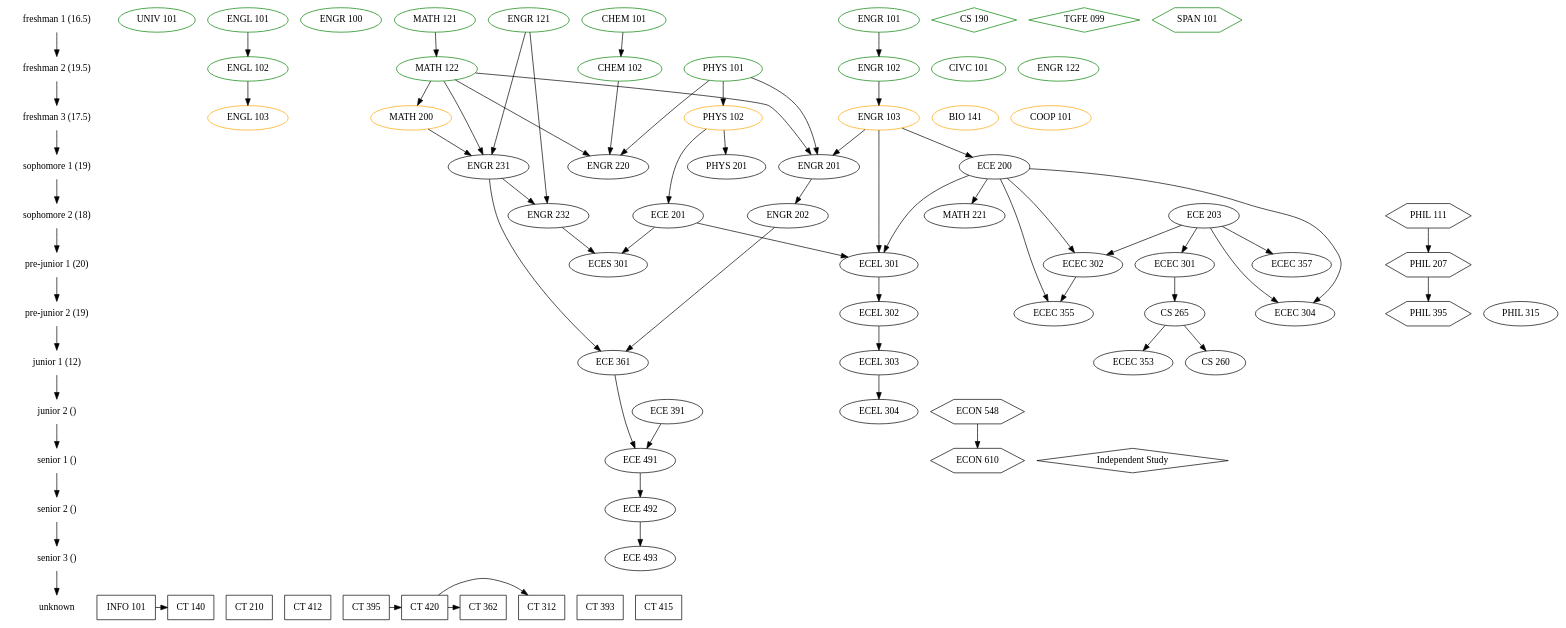
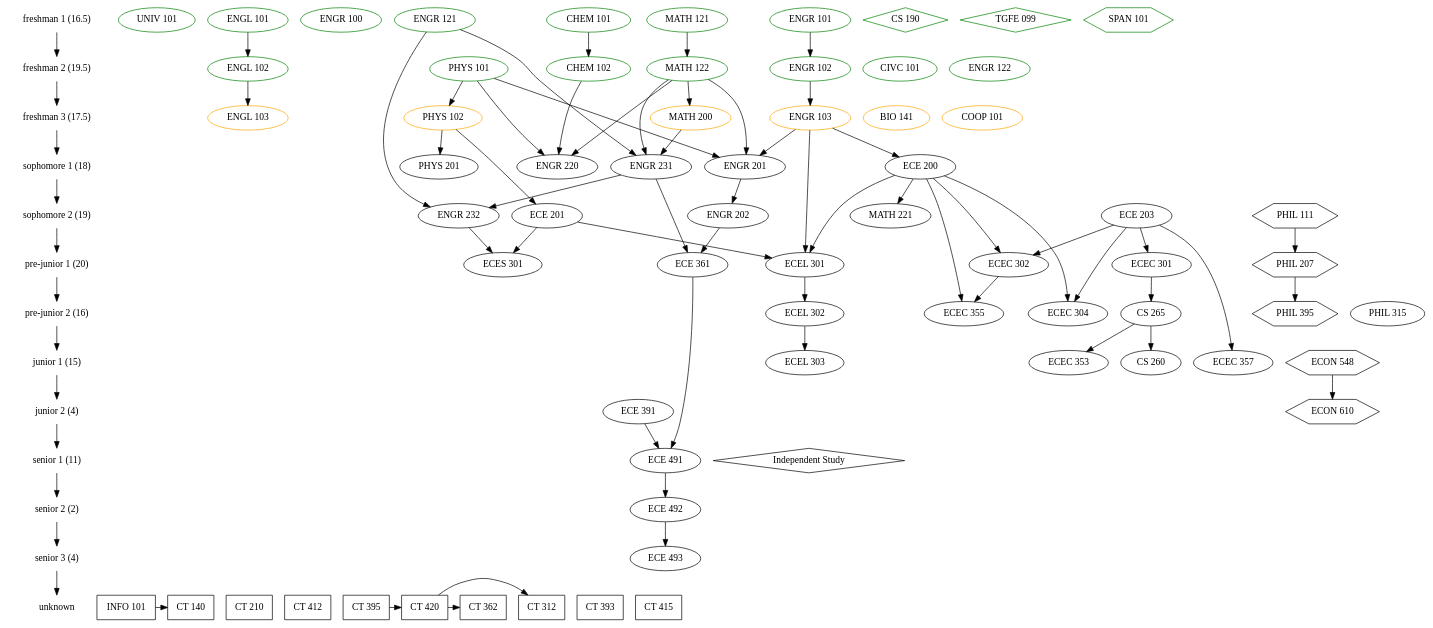
One commit to Theodus/coursework changed the diagram in classes.gv. Above: the diagram before and after it, drawn with Graphviz.

Commit message:
pull up cs classes

```diff
--- a/classes.gv
+++ b/classes.gv
@@ -1,182 +1,180 @@
 /* Key:
 
 color:
 green = already taken
 orange = currently taking
 black = not taken
 
 shape:
 ellipse = fixed major degree requirement
 diamond = free elective
 hexagon = general education elective
 box = minor degree requirement
 
 */
 
 digraph Classes {
 
   { node [shape=plaintext]
     "freshman 1 (16.5)" ->
     "freshman 2 (19.5)" ->
     "freshman 3 (17.5)" ->
-    "sophomore 1 (19)" ->
-    "sophomore 2 (18)" ->
+    "sophomore 1 (18)" ->
+    "sophomore 2 (19)" ->
     "pre-junior 1 (20)" ->
-    "pre-junior 2 (19)" ->
-    "junior 1 (12)" ->
-    "junior 2 ()" ->
-    "senior 1 ()" ->
-    "senior 2 ()" ->
-    "senior 3 ()" ->
+    "pre-junior 2 (16)" ->
+    "junior 1 (15)" ->
+    "junior 2 (4)" ->
+    "senior 1 (11)" ->
+    "senior 2 (2)" ->
+    "senior 3 (4)" ->
     "unknown"
   }
 
   { node [color=green]
     { rank=same "freshman 1 (16.5)"
       "UNIV 101"
       "ENGL 101"
       "ENGR 100"
       "CHEM 101"
       "ENGR 101"
       "ENGR 121"
       "MATH 121"
 
       // AP Credit
       "CS 190" [shape=diamond]
       "TGFE 099" [shape=diamond]
       "SPAN 101" [shape=hexagon]
     }
     { rank=same "freshman 2 (19.5)"
       "CIVC 101"
       "ENGL 102"
       "CHEM 102"
       "ENGR 102"
       "ENGR 122"
       "MATH 122"
       "PHYS 101"
     }
   }
   { node [color=orange]
     { rank=same "freshman 3 (17.5)"
       "ENGL 103"
       "ENGR 103"
       "BIO 141"
       "COOP 101"
       "PHYS 102"
       "MATH 200"
     }
   }
-  { rank=same "sophomore 1 (19)"
+  { rank=same "sophomore 1 (18)"
     "ENGR 231"
     "PHYS 201"
     "ENGR 220"
     "ECE 200"
     "ENGR 201"
   }
-  { rank=same "sophomore 2 (18)"
-    "ENGR 232"
-    "MATH 221"
+  { rank=same "sophomore 2 (19)"
     "ECE 201"
     "ECE 203"
     "ENGR 202"
+    "ENGR 232"
+    "MATH 221"
     "PHIL 111" [shape=hexagon]
   }
   { rank=same "pre-junior 1 (20)"
     "ECEC 301"
-    "ECES 301"
     "ECEC 302"
     "ECEL 301"
-    "ECEC 357"
+    "ECES 301"
     "PHIL 207" [shape=hexagon]
   }
-  { rank=same "pre-junior 2 (19)"
+  { rank=same "pre-junior 2 (16)"
     "ECEC 304"
     "ECEC 355"
     "ECEL 302"
     "PHIL 315"
     "CS 265"
     "PHIL 395" [shape=hexagon]
   }
-  { rank=same "junior 1 (12)"
+  { rank=same "junior 1 (15)"
+    "ECEC 357"
     "ECEL 303"
-    "ECE 361"
+    "CS 260"
     "ECEC 353"
-    "CS 260"
-  }
-  { rank=same "junior 2 ()"
-    "ECEL 304"
-    "ECE 391"
     "ECON 548" [shape=hexagon]
   }
-  { rank=same "senior 1 ()"
+  { rank=same "junior 2 (4)"
+    "ECE 391"
+    "ECON 610" [shape=hexagon]
+  }
+  { rank=same "senior 1 (11)"
     "ECE 491"
-    "ECON 610" [shape=hexagon]
     "Independent Study" [shape=diamond]
   }
-  { rank=same "senior 2 ()"
+  { rank=same "senior 2 (2)"
     "ECE 492"
   }
-  { rank=same "senior 3 ()"
+  { rank=same "senior 3 (4)"
     "ECE 493"
   }
   { rank=same "unknown"
     "INFO 101" [shape=box]
     "CT 140" [shape=box]
     "CT 210" [shape=box]
     "CT 412" [shape=box]
     "CT 395" [shape=box]
     "CT 393" [shape=box]
     "CT 415" [shape=box]
     "CT 420" [shape=box]
     "CT 312" [shape=box]
     "CT 362" [shape=box]
   }
 
   // General Education/Liberal Studies
 
   "CIVC 101"
   "ENGL 101" -> "ENGL 102" -> "ENGL 103"
   "PHIL 315"
   "UNIV 101"
 
   "PHIL 111" -> "PHIL 207" -> "PHIL 395"
   "ECON 548" -> "ECON 610"
 
   // Foundation Requirements
 
   "BIO 141"
   "CHEM 101" -> "CHEM 102"
   "PHYS 101" -> "PHYS 102" -> "PHYS 201"
   "PHYS 102" -> "ECE 201"
   "MATH 121" -> "MATH 122" -> "MATH 200" -> "ENGR 231"
   "ENGR 101" -> "ENGR 102" -> "ENGR 103" -> "ECE 200" -> "MATH 221"
   "ECE 203"
   {"MATH 122" "PHYS 101" "ENGR 103"} -> "ENGR 201" -> "ENGR 202"
   {"CHEM 102" "MATH 122" "PHYS 101"} -> "ENGR 220"
   {"MATH 122" "ENGR 121"} -> "ENGR 231"
   {"ENGR 231" "ENGR 121"} -> "ENGR 232"
 
   // Professional Requirements
 
   "ECE 203" -> "ECEC 301" -> "CS 265" -> "CS 260"
   {"ENGR 202" "ENGR 231"} -> "ECE 361"
   {"ECE 391" "ECE 361"} -> "ECE 491" -> "ECE 492" -> "ECE 493"
   {"ECE 203" "ECE 200"} -> "ECEC 302"
   {"ECE 200" "ECE 203"} -> "ECEC 304"
   "CS 265" -> "ECEC 353"
   {"ECE 200" "ECEC 302"} -> "ECEC 355"
   "ECE 203" -> "ECEC 357"
   {"ENGR 103" "ECE 200" "ECE 201"} -> 
-    "ECEL 301" -> "ECEL 302" -> "ECEL 303" -> "ECEL 304"
+    "ECEL 301" -> "ECEL 302" -> "ECEL 303"
   {"ENGR 232" "ECE 201"} -> "ECES 301"
 
   // Minor in Security Technology
 
   "INFO 101" -> "CT 140"
   "CT 210"
   "CT 412"
   "CT 395" -> "CT 420" -> "CT 312"
   "CT 420" -> "CT 362"
   "CT 393"
   "CT 415"
 }
```
